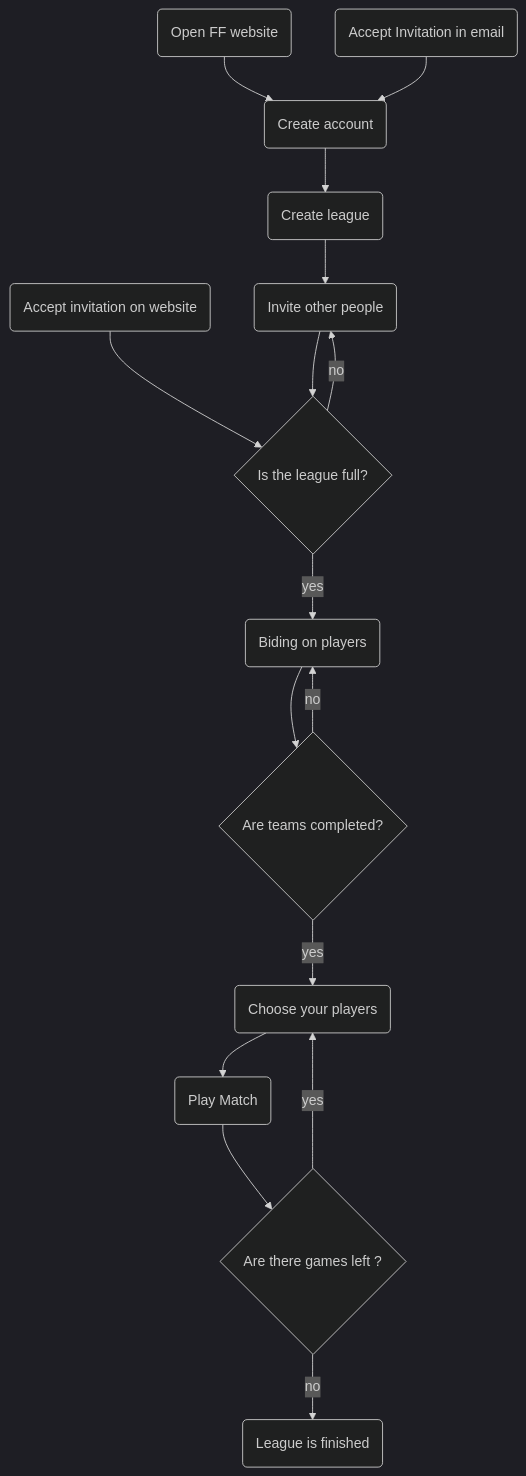
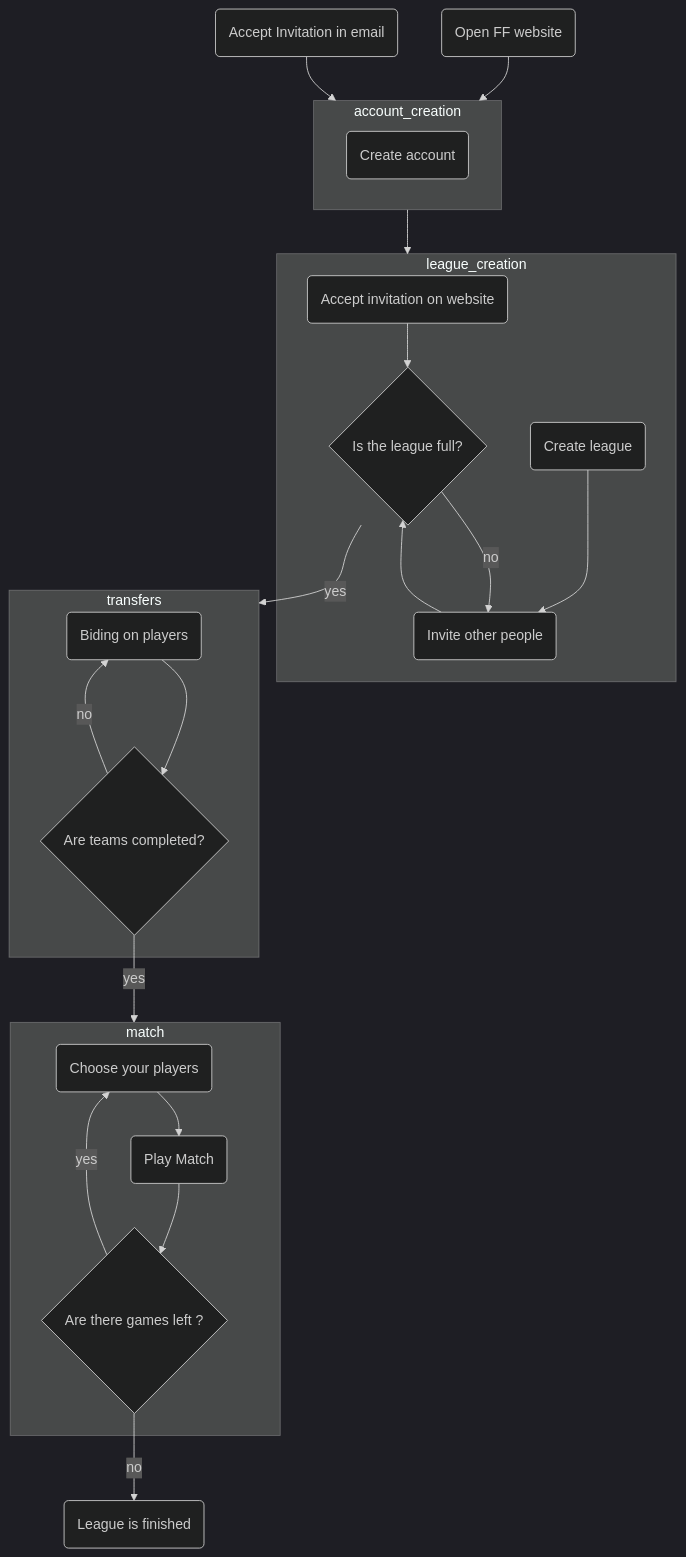
Before and after one commit to floriankdrone/floriankdrone.github.io: the diagram in _footfantasy/project_scoping.md, drawn with Mermaid (dark theme). The commit also changed other lines of this file, not shown here.

Commit message:
update mermaid

```diff
--- a/_footfantasy/project_scoping.md
+++ b/_footfantasy/project_scoping.md
@@ -15,18 +14,34 @@
 <div class="mermaid">
 flowchart TD
-  open_ff(Open FF website) --> signup(Create account)
-  accept_mail_invitation(Accept Invitation in email) --> signup
-  signup --> create_league(Create league)
+  open_ff(Open FF website)
+  accept_mail_invitation(Accept Invitation in email)
+  accept_invitation(Accept invitation on website)
+  subgraph account_creation
+  signup(Create account)
+  end
+  open_ff --> account_creation
+  accept_mail_invitation --> account_creation
+  subgraph league_creation
+  create_league(Create league)
   create_league --> invite_others(Invite other people)
-  accept_invitation(Accept invitation on website) --> is_league_full
+  accept_invitation --> is_league_full
   invite_others --> is_league_full{Is the league full?}
-  is_league_full -- yes --> transfer_round(Biding on players)
   is_league_full -- no --> invite_others
-  transfer_round --> teams_are_completed{Are teams completed?}
-  teams_are_completed -- yes --> player_selection(Choose your players)
-  teams_are_completed -- no --> transfer_round
+  end
+  account_creation --> league_creation
+  subgraph transfers
+    transfer_round(Biding on players)
+    transfer_round --> teams_are_completed{Are teams completed?}
+    teams_are_completed -- no --> transfer_round
+  end
+  is_league_full -- yes --> transfers
+  subgraph match
+  player_selection(Choose your players)
+  play_match(Play Match)
   player_selection --> play_match(Play Match)
   play_match --> any_game_left{Are there games left ?}
   any_game_left -- yes --> player_selection
+  end
+  teams_are_completed -- yes --> match
   any_game_left -- no --> league_finished(League is finished)
 </div>
```
